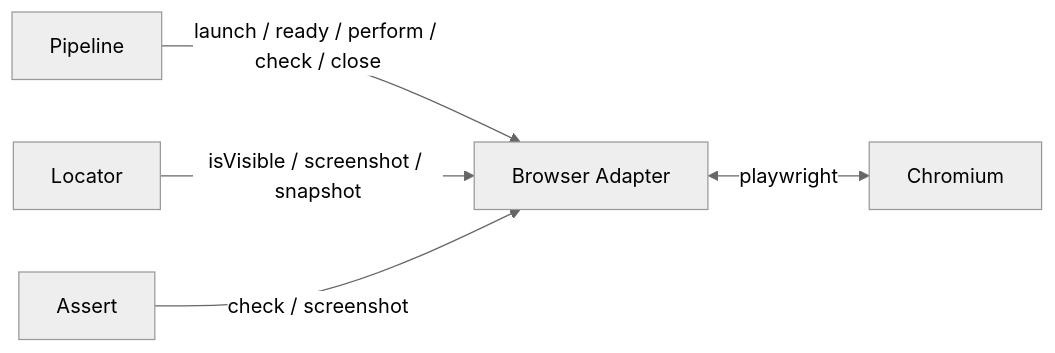
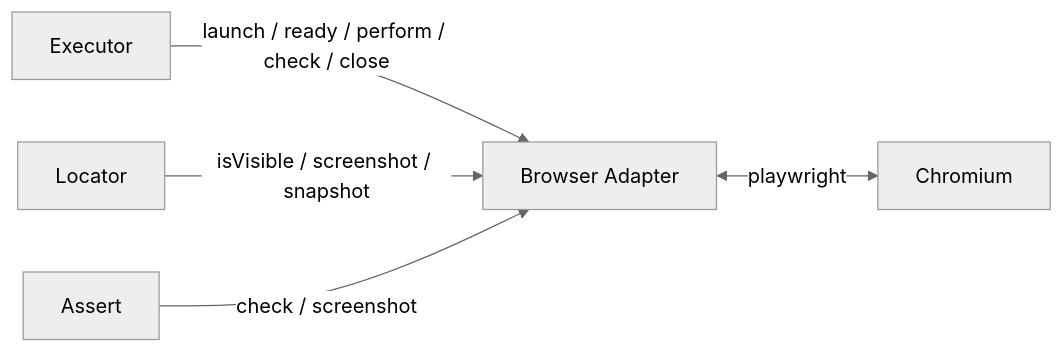
One commit to yike2/Jevwright changed the first of 3 diagrams in docs/tech/browser-adapter.md. Above: the diagram before and after it, drawn with Mermaid (neutral theme). The commit also changed other lines of this file and 14 other files, not shown here.

````diff
--- a/docs/tech/browser-adapter.md
+++ b/docs/tech/browser-adapter.md
@@ -182,7 +182,7 @@
 ```mermaid
 flowchart LR
-  P[Pipeline] -->|launch / ready / perform / check / close| A[Browser Adapter]
+  X[Executor] -->|launch / ready / perform / check / close| A[Browser Adapter]
   L[Locator] -->|isVisible / screenshot / snapshot| A
   S[Assert] -->|check / screenshot| A
   A <-->|playwright| C[Chromium]
 ```
````
